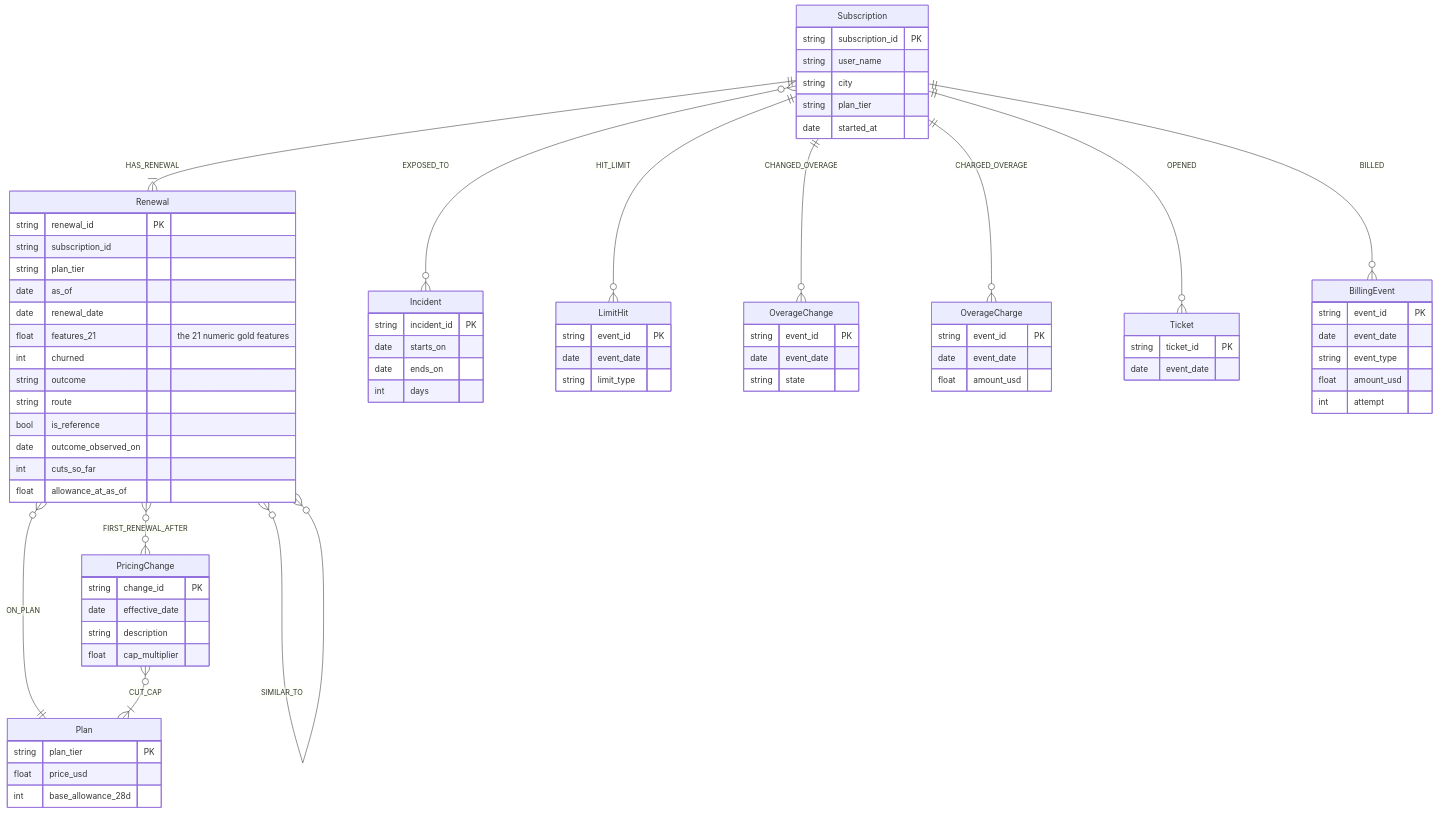
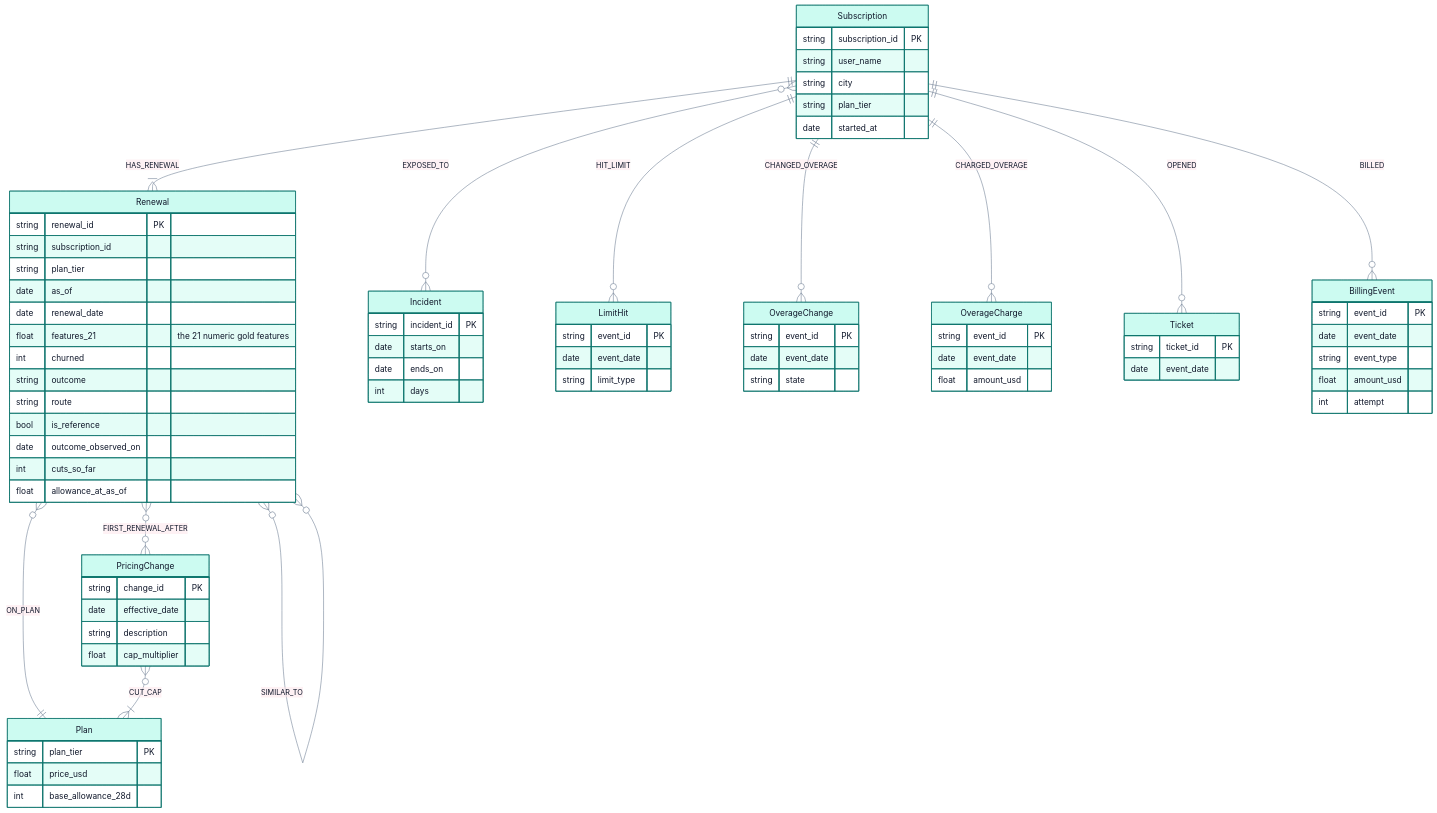
One commit to santoshshinde2012/local-data-lakehouse changed the second of 2 diagrams in docs/graph/data-model.md. Above: the diagram before and after it, drawn with Mermaid. The commit also changed other lines of this file and 41 other files, not shown here.

First line of the commit message:
docs: RESULTS.md and Mermaid diagrams on one palette (follow-up to #13) (#14)

````diff
--- a/docs/graph/data-model.md
+++ b/docs/graph/data-model.md
@@ -127,79 +137,80 @@
 ```mermaid
+%%{init: {"theme": "base", "flowchart": {"wrappingWidth": 360}, "themeVariables": {"primaryColor": "#CCFBF1", "primaryTextColor": "#0F172A", "primaryBorderColor": "#0F766E", "lineColor": "#64748B", "textColor": "#0F172A", "edgeLabelBackground": "#FFFFFF", "clusterBkg": "#FFFFFF", "clusterBorder": "#64748B", "titleColor": "#0F172A", "attributeBackgroundColorOdd": "#FFFFFF", "attributeBackgroundColorEven": "#F0FDFA", "relationColor": "#64748B", "relationLabelBackground": "#FFFFFF", "relationLabelColor": "#0F172A"}}}%%
 erDiagram
   Subscription {
     string subscription_id PK
     string user_name
     string city
     string plan_tier
     date started_at
   }
   Renewal {
     string renewal_id PK
     string subscription_id
     string plan_tier
     date as_of
     date renewal_date
     float features_21 "the 21 numeric gold features"
     int churned
     string outcome
     string route
     bool is_reference
     date outcome_observed_on
     int cuts_so_far
     float allowance_at_as_of
   }
   Plan {
     string plan_tier PK
     float price_usd
     int base_allowance_28d
   }
   Incident {
     string incident_id PK
     date starts_on
     date ends_on
     int days
   }
   PricingChange {
     string change_id PK
     date effective_date
     string description
     float cap_multiplier
   }
   LimitHit {
     string event_id PK
     date event_date
     string limit_type
   }
   OverageChange {
     string event_id PK
     date event_date
     string state
   }
   OverageCharge {
     string event_id PK
     date event_date
     float amount_usd
   }
   Ticket {
     string ticket_id PK
     date event_date
   }
   BillingEvent {
     string event_id PK
     date event_date
     string event_type
     float amount_usd
     int attempt
   }
   Subscription ||--|{ Renewal : HAS_RENEWAL
   Renewal }o--|| Plan : ON_PLAN
   Subscription ||--o{ LimitHit : HIT_LIMIT
   Subscription ||--o{ OverageChange : CHANGED_OVERAGE
   Subscription ||--o{ OverageCharge : CHARGED_OVERAGE
   Subscription ||--o{ Ticket : OPENED
   Subscription ||--o{ BillingEvent : BILLED
   Subscription }o--o{ Incident : EXPOSED_TO
   Renewal }o--o{ PricingChange : FIRST_RENEWAL_AFTER
   PricingChange }o--|{ Plan : CUT_CAP
   Renewal }o--o{ Renewal : SIMILAR_TO
 ```
````
